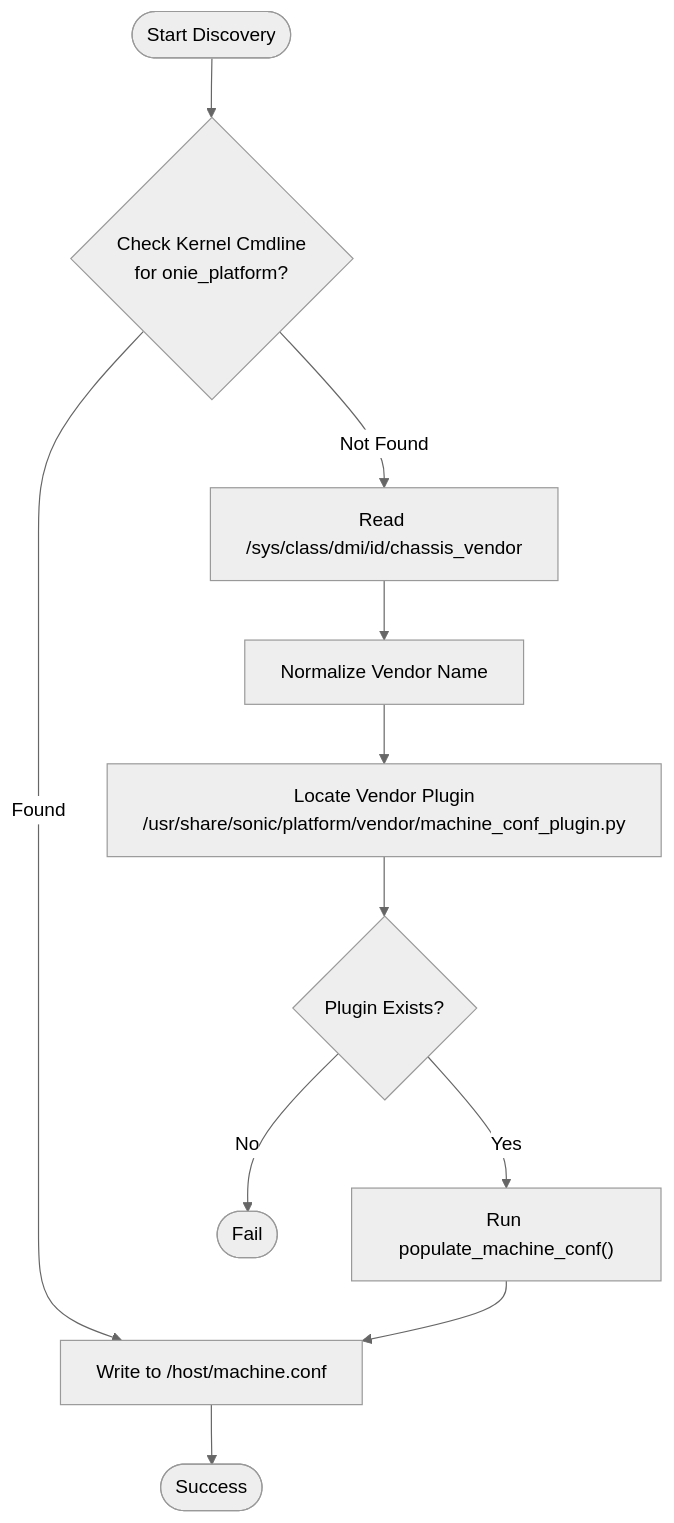
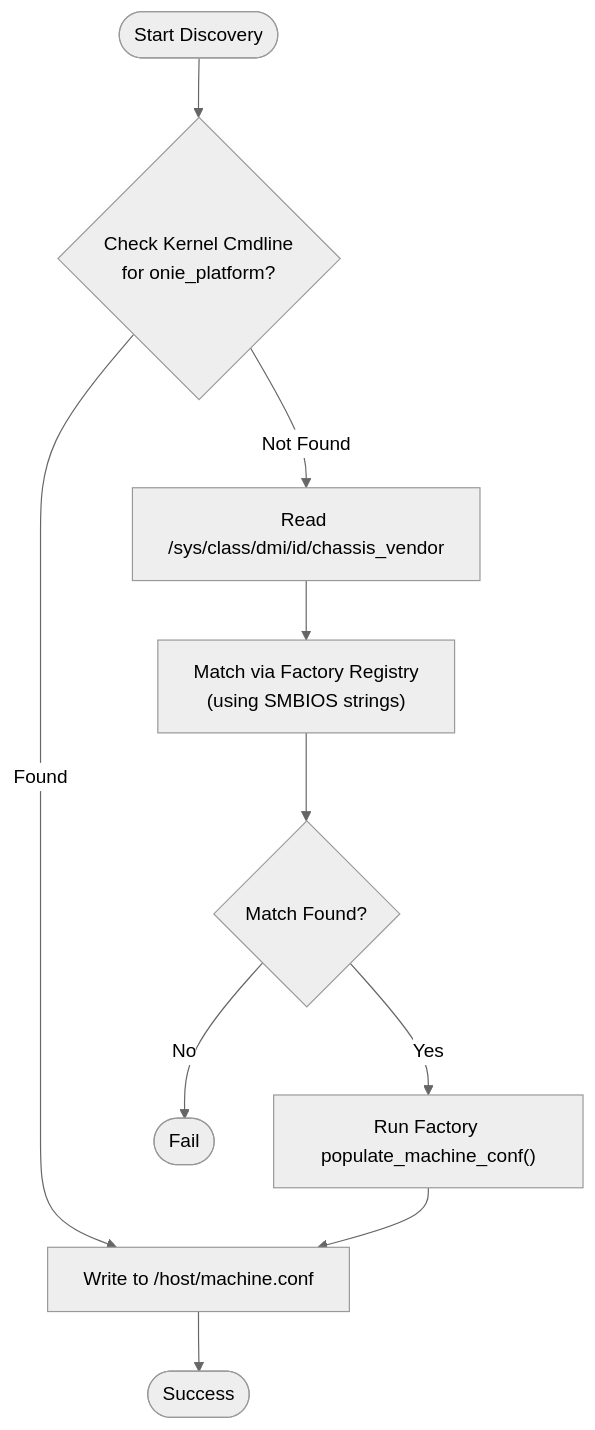
The second of 2 diagrams in installer/docs/machine_conf_smbios_hld.md (sonic-net/sonic-buildimage), drawn with Mermaid (neutral theme) before and after one commit. The commit also changed other lines of this file, not shown here.

Commit message:
docs: remove normalize vendor name from HLD and Mermaid chart

````diff
--- a/installer/docs/machine_conf_smbios_hld.md
+++ b/installer/docs/machine_conf_smbios_hld.md
@@ -55,16 +55,15 @@
 ```mermaid
 graph TD
     Start([Start Discovery]) --> CheckCmdline{"Check Kernel Cmdline\nfor onie_platform?"}
     CheckCmdline -- Found --> WriteConf["Write to /host/machine.conf"]
     CheckCmdline -- Not Found --> ReadVendor["Read /sys/class/dmi/id/chassis_vendor"]
     
-    ReadVendor --> Normalize[Normalize Vendor Name]
-    Normalize --> LocatePlugin["Locate Vendor Plugin\n/usr/share/sonic/platform/vendor/machine_conf_plugin.py"]
-    LocatePlugin --> CheckPlugin{"Plugin Exists?"}
+    ReadVendor --> LocatePlugin["Match via Factory Registry\n(using SMBIOS strings)"]
+    LocatePlugin --> CheckPlugin{"Match Found?"}
     
-    CheckPlugin -- Yes --> RunPlugin["Run populate_machine_conf()"]
+    CheckPlugin -- Yes --> RunPlugin["Run Factory populate_machine_conf()"]
     RunPlugin --> WriteConf
     WriteConf --> EndSuccess([Success])
     
     CheckPlugin -- No --> EndFail([Fail])
 ```
````
